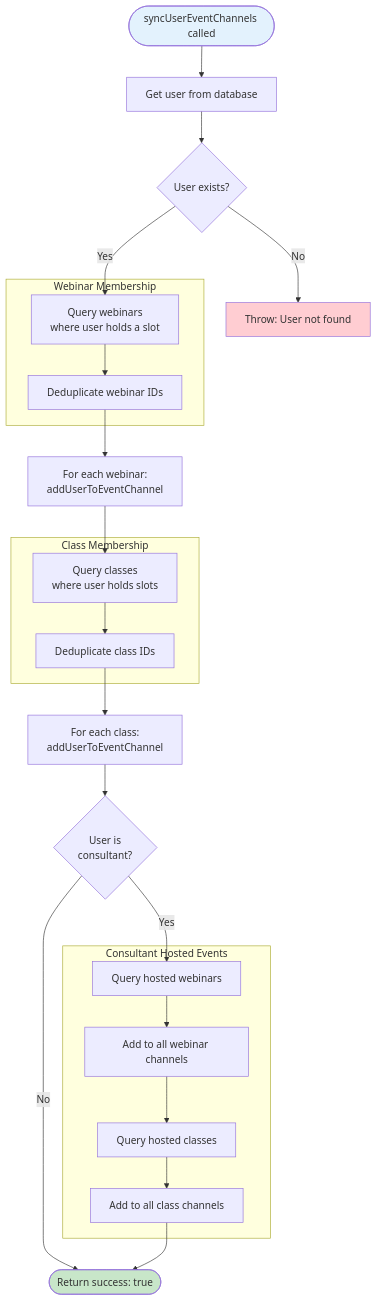
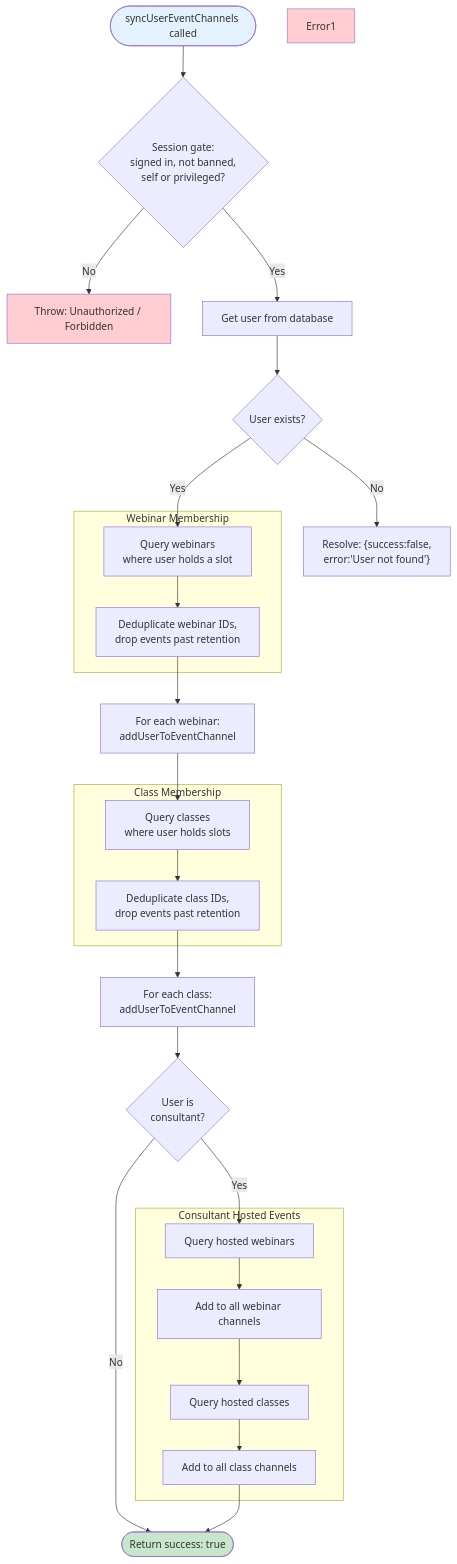
Before and after one commit to Practitionist/familiarise_web: the second of 2 diagrams in docs/stream/06-channel-management.md, drawn with Mermaid. The commit also changed other lines of this file and 9 other files, not shown here.

First line of the commit message:
fix(stream): close HIGH findings from the 2026-08-23 architecture review (#1231)

````diff
--- a/docs/stream/06-channel-management.md
+++ b/docs/stream/06-channel-management.md
@@ -335,52 +362,55 @@
 ```mermaid
 flowchart TB
     Start([syncUserEventChannels called])
-    Start --> GetUser[Get user from database]
+    Start --> AuthGate{"Session gate:<br/>signed in, not banned,<br/>self or privileged?"}
+    AuthGate -->|No| Error0[Throw: Unauthorized / Forbidden]
+    AuthGate -->|Yes| GetUser[Get user from database]
 
     GetUser --> CheckUser{User exists?}
-    CheckUser -->|No| Error1[Throw: User not found]
+    CheckUser -->|No| ResolveMissing["Resolve: {success:false,<br/>error:'User not found'}"]
     CheckUser -->|Yes| GetWebinarsAppts
 
     subgraph "Webinar Membership"
         GetWebinarsAppts[Query webinars<br/>where user holds a slot]
-        DedupeWebinars[Deduplicate webinar IDs]
+        DedupeWebinars[Deduplicate webinar IDs,<br/>drop events past retention]
 
         GetWebinarsAppts --> DedupeWebinars
     end
 
     DedupeWebinars --> AddToWebinars[For each webinar:<br/>addUserToEventChannel]
 
     subgraph "Class Membership"
         GetClassesAppts[Query classes<br/>where user holds slots]
-        DedupeClasses[Deduplicate class IDs]
+        DedupeClasses[Deduplicate class IDs,<br/>drop events past retention]
 
         GetClassesAppts --> DedupeClasses
     end
 
     AddToWebinars --> GetClassesAppts
     DedupeClasses --> AddToClasses[For each class:<br/>addUserToEventChannel]
 
     AddToClasses --> IsConsultant{User is<br/>consultant?}
 
     IsConsultant -->|No| Success
     IsConsultant -->|Yes| GetHostedWebinars
 
     subgraph "Consultant Hosted Events"
         GetHostedWebinars[Query hosted webinars]
         GetHostedClasses[Query hosted classes]
         AddConsultantToWebinars[Add to all webinar channels]
         AddConsultantToClasses[Add to all class channels]
 
         GetHostedWebinars --> AddConsultantToWebinars
         GetHostedClasses --> AddConsultantToClasses
     end
 
     AddConsultantToWebinars --> GetHostedClasses
     AddConsultantToClasses --> Success
 
     Success([Return success: true])
 
     style Start fill:#e3f2fd
     style Success fill:#c8e6c9
+    style Error0 fill:#ffcdd2
     style Error1 fill:#ffcdd2
 ```
````
